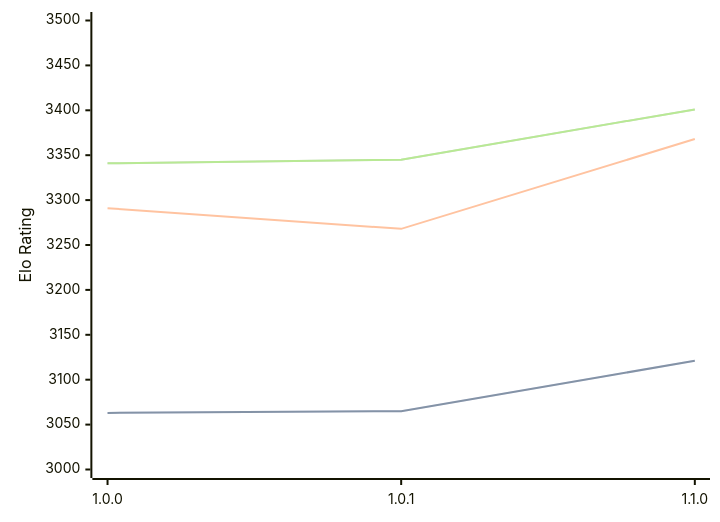
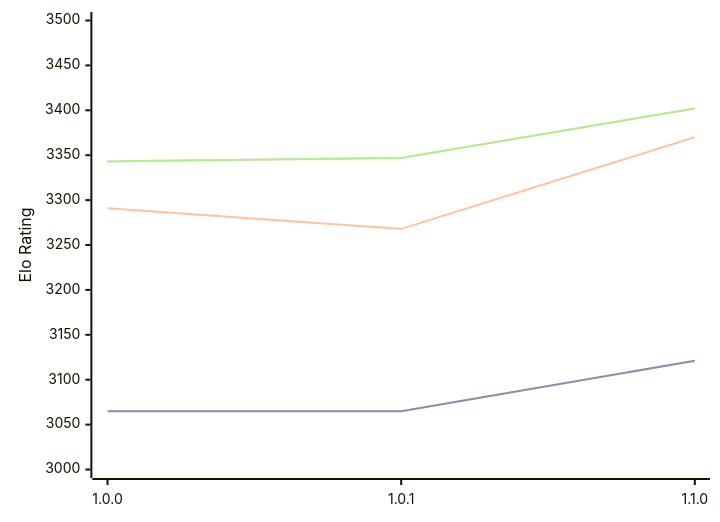
The diagram in engines/Ursus.md (computer-chess-index/cci), drawn with Mermaid before and after one commit. The commit also changed other lines of this file, not shown here.

Commit message:
Update CCI Ratings (ELO VLTC) - 2026-08-25

````diff
--- a/engines/Ursus.md
+++ b/engines/Ursus.md
@@ -33,11 +33,11 @@
 ```mermaid
 %%{init: {"theme":"base","themeVariables":{"seriesColors:['#a3a3a3','#222221','#faa371']}}}%%
 xychart-beta
   x-axis ["1.0.0", "1.0.1", "1.1.0"]
   y-axis "Elo Rating" 3000 --> 3500
-  line "STC (8.0+0.08s)" [3063, 3065, 3121]
-  line "STC (8.0+0.08s)" [3063, 3065, 3121]
-  line "LTC (60.0+0.60s)" [3291, 3268, 3368]
-  line "VLTC (2m24s+1.12s)" [3341, 3345, 3401]
-  line "VLTC (2m24s+1.12s)" [3341, 3345, 3401]
+  line "STC (8.0+0.08s)" [3065, 3065, 3121]
+  line "STC (8.0+0.08s)" [3065, 3065, 3121]
+  line "LTC (60.0+0.60s)" [3291, 3268, 3370]
+  line "VLTC (2m24s+1.12s)" [3343, 3347, 3402]
+  line "VLTC (2m24s+1.12s)" [3343, 3347, 3402]
 ```
````
